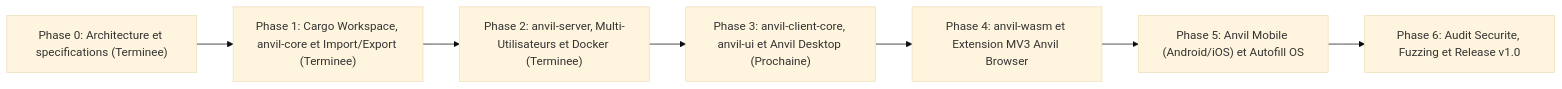
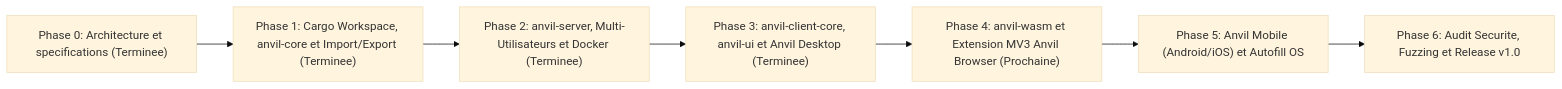
Before and after one commit to Viectra/anvil: the diagram in docs/ROADMAP.md, drawn with Mermaid (base theme). The commit also changed other lines of this file and 21 other files, not shown here.

````diff
--- a/docs/ROADMAP.md
+++ b/docs/ROADMAP.md
@@ -31,12 +31,12 @@
 ```mermaid
 flowchart LR
     P0["Phase 0: Architecture et specifications (Terminee)"]
     P1["Phase 1: Cargo Workspace, anvil-core et Import/Export (Terminee)"]
     P2["Phase 2: anvil-server, Multi-Utilisateurs et Docker (Terminee)"]
-    P3["Phase 3: anvil-client-core, anvil-ui et Anvil Desktop (Prochaine)"]
-    P4["Phase 4: anvil-wasm et Extension MV3 Anvil Browser"]
+    P3["Phase 3: anvil-client-core, anvil-ui et Anvil Desktop (Terminee)"]
+    P4["Phase 4: anvil-wasm et Extension MV3 Anvil Browser (Prochaine)"]
     P5["Phase 5: Anvil Mobile (Android/iOS) et Autofill OS"]
     P6["Phase 6: Audit Securite, Fuzzing et Release v1.0"]
 
     P0 --> P1 --> P2 --> P3 --> P4 --> P5 --> P6
 ```
````
